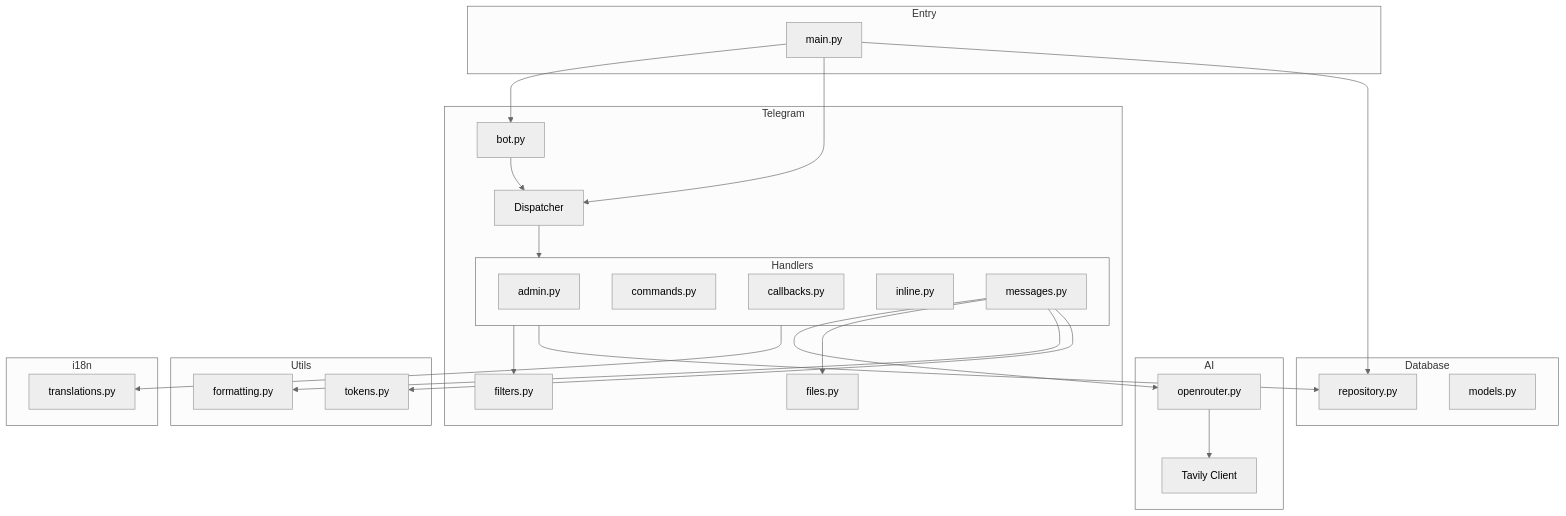
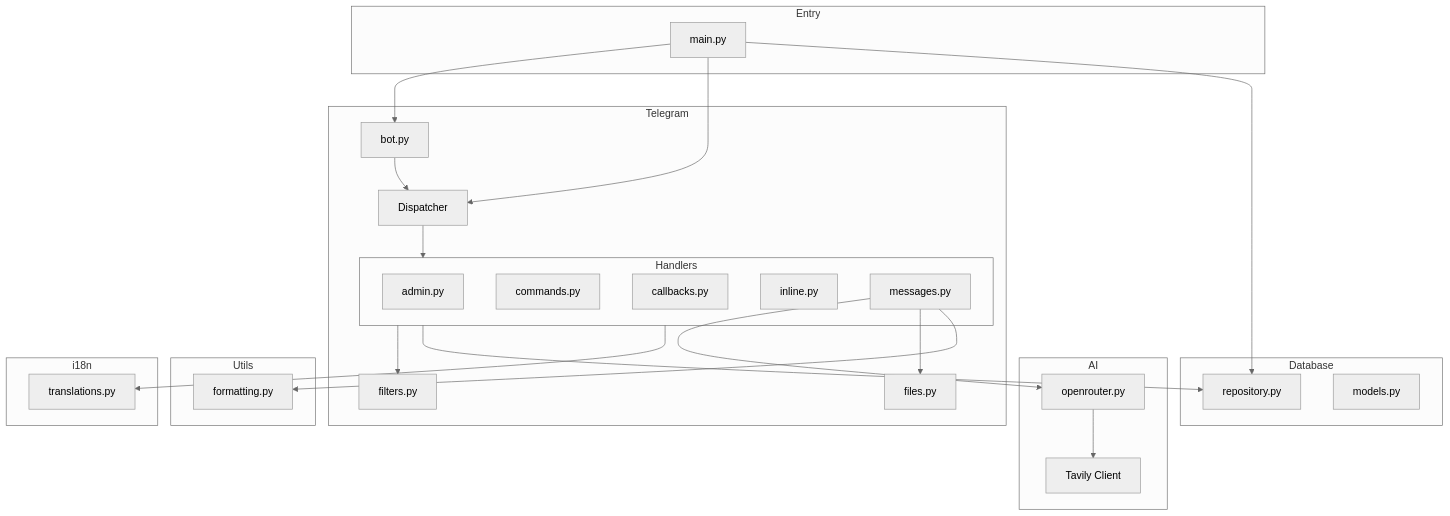
One commit to karilaa-dev/ai-tg-bot changed the first of 2 diagrams in docs/CODEBASE_MAP.md. Above: the diagram before and after it, drawn with Mermaid (neutral theme). The commit also changed other lines of this file and 11 other files, not shown here.

````diff
--- a/docs/CODEBASE_MAP.md
+++ b/docs/CODEBASE_MAP.md
@@ -13,53 +13,51 @@
 ```mermaid
 graph TB
     subgraph Entry
         Main[main.py]
     end
 
     subgraph Telegram
         Bot[bot.py]
         DP[Dispatcher]
         Filters[filters.py]
         subgraph Handlers
             AdminH[admin.py]
             CmdH[commands.py]
             CallbackH[callbacks.py]
             InlineH[inline.py]
             MsgH[messages.py]
         end
         Files[files.py]
     end
 
     subgraph AI
         OR[openrouter.py]
         Tavily[Tavily Client]
     end
 
     subgraph Database
         Repo[repository.py]
         Models[models.py]
     end
 
     subgraph Utils
         Format[formatting.py]
-        Tokens[tokens.py]
     end
 
     subgraph i18n
         Trans[translations.py]
     end
 
     Main --> Bot
     Main --> DP
     Main --> Repo
     Bot --> DP
     DP --> Handlers
     Handlers --> Filters
     MsgH --> OR
     OR --> Tavily
     Handlers --> Repo
     Handlers --> Trans
     MsgH --> Files
     MsgH --> Format
-    MsgH --> Tokens
 ```
````
